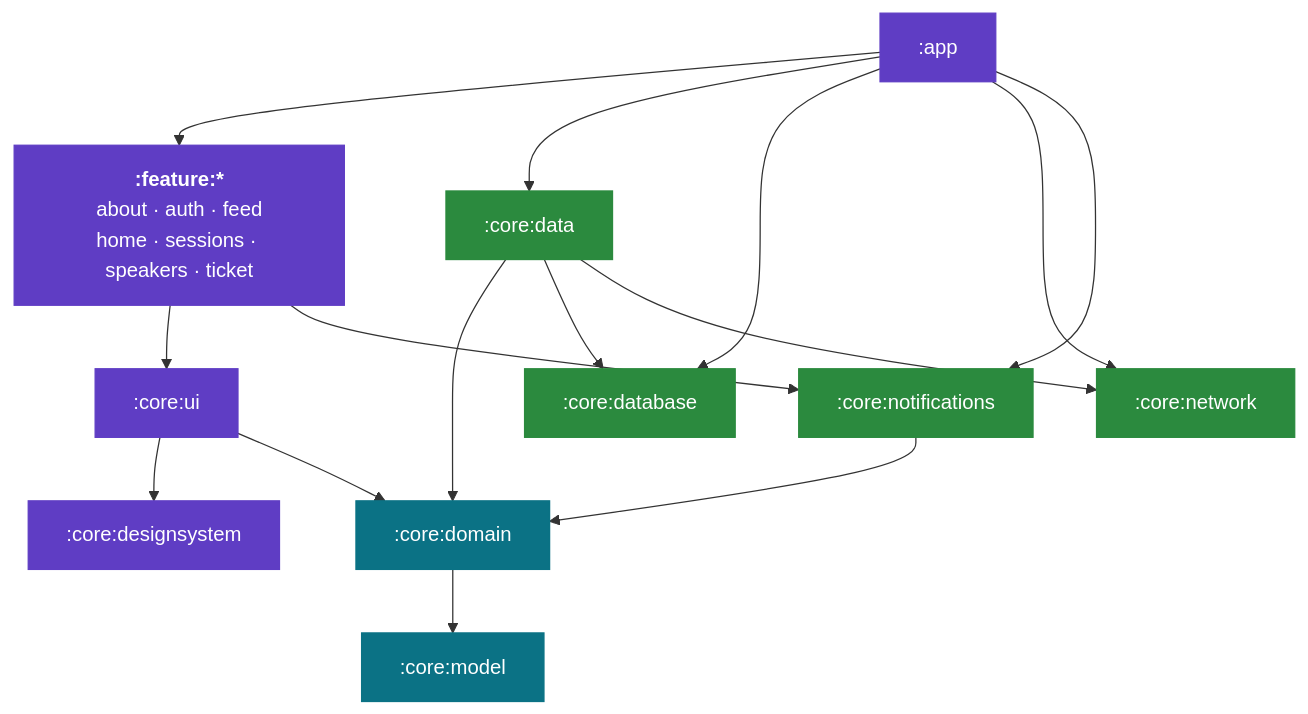
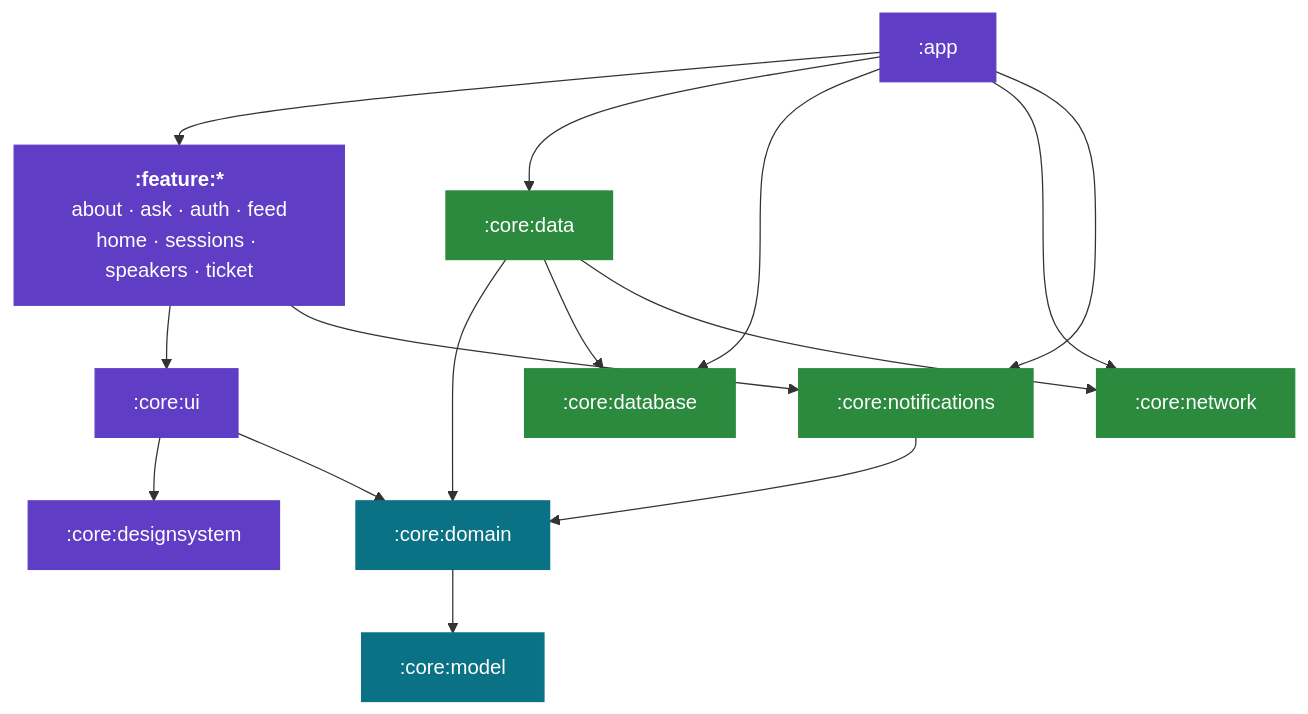
The first of 2 diagrams in README.md (droidconKE/droidconKeKotlin), drawn with Mermaid before and after one commit. The commit also changed other lines of this file and 2 other files, not shown here.

````diff
--- a/README.md
+++ b/README.md
@@ -107,37 +107,37 @@
 ```mermaid
 graph TD
     app[":app"]
-    feature["<b>:feature:*</b><br/>about · auth · feed<br/>home · sessions · speakers · ticket"]
+    feature["<b>:feature:*</b><br/>about · ask · auth · feed<br/>home · sessions · speakers · ticket"]
     ui[":core:ui"]
     ds[":core:designsystem"]
     domain[":core:domain"]
     model[":core:model"]
     data[":core:data"]
     database[":core:database"]
     network[":core:network"]
     notifications[":core:notifications"]
 
     app --> feature
     app --> data
     app --> database
     app --> network
     app --> notifications
 
     feature --> ui
     feature --> notifications
     ui --> ds
     ui --> domain
     domain --> model
 
     data --> domain
     data --> database
     data --> network
     notifications --> domain
 
     classDef pure fill:#0b7285,stroke:#0b7285,color:#ffffff;
     classDef uic fill:#5f3dc4,stroke:#5f3dc4,color:#ffffff;
     classDef io fill:#2b8a3e,stroke:#2b8a3e,color:#ffffff;
     class domain,model pure;
     class app,feature,ui,ds uic;
     class data,database,network,notifications io;
 ```
````
